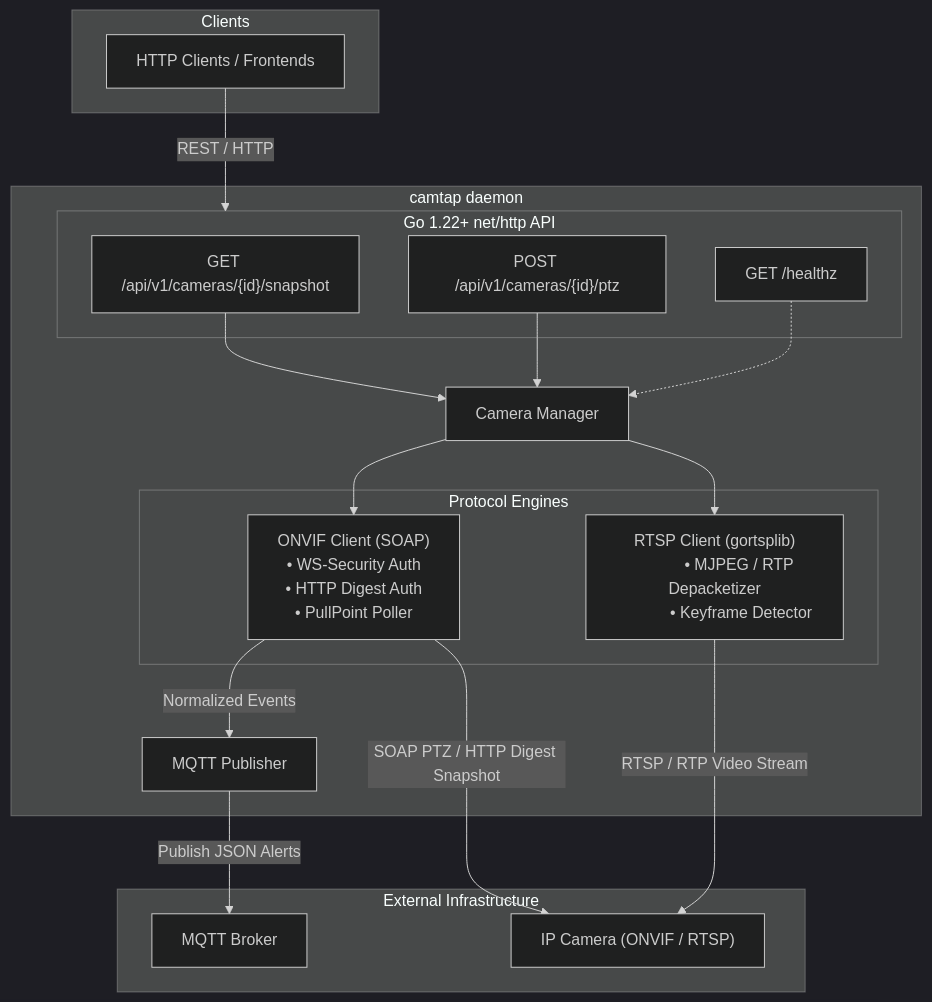
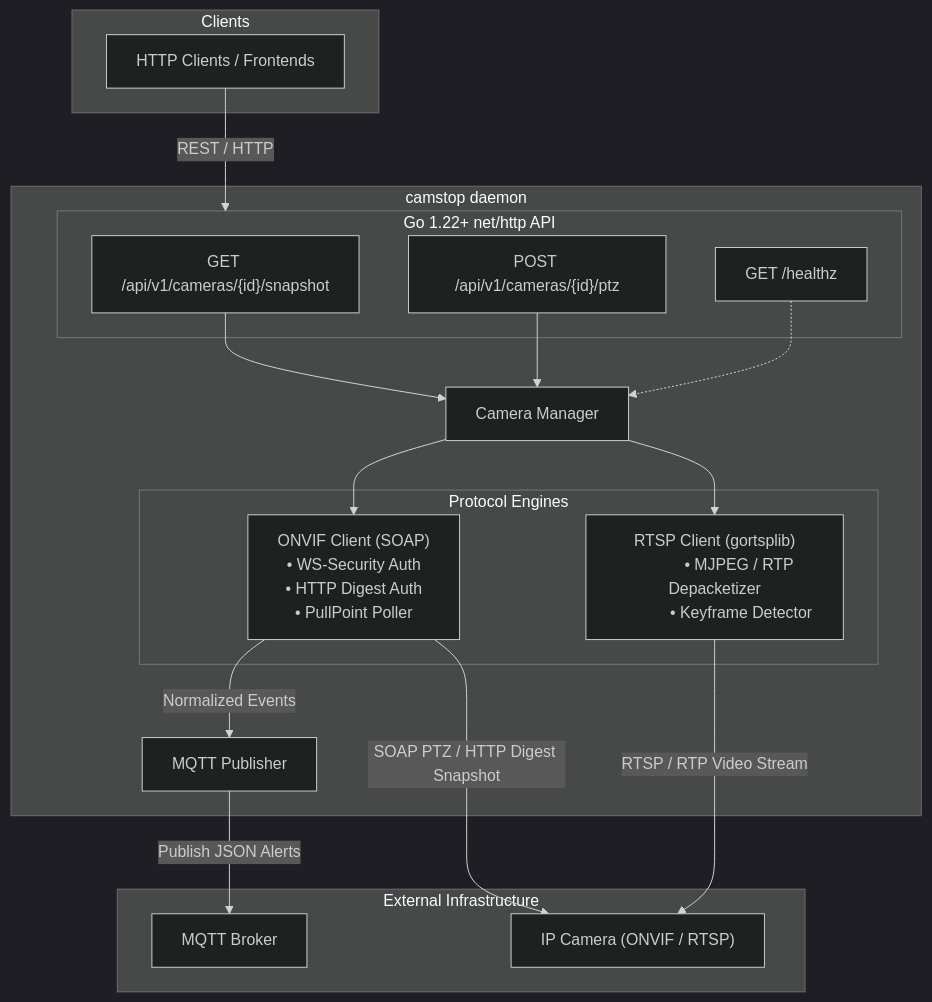
Before and after one commit to smford/cam-proxy: the diagram in README.md, drawn with Mermaid (dark theme). The commit also changed other lines of this file and 6 other files, not shown here.

````diff
--- a/README.md
+++ b/README.md
@@ -14,48 +14,48 @@
 ```mermaid
 flowchart TD
     subgraph Clients["Clients"]
         HTTPClients["HTTP Clients / Frontends"]
     end
 
-    subgraph Daemon["camtap daemon"]
+    subgraph Daemon["camstop daemon"]
         subgraph API["Go 1.22+ net/http API"]
             SnapshotEP["GET /api/v1/cameras/{id}/snapshot"]
             PTZEP["POST /api/v1/cameras/{id}/ptz"]
             HealthzEP["GET /healthz"]
         end
 
         Manager["Camera Manager"]
 
         subgraph Protocols["Protocol Engines"]
             ONVIF["ONVIF Client (SOAP)
             • WS-Security Auth
             • HTTP Digest Auth
             • PullPoint Poller"]
 
             RTSP["RTSP Client (gortsplib)
             • MJPEG / RTP Depacketizer
             • Keyframe Detector"]
         end
 
         MQTTPub["MQTT Publisher"]
     end
 
     subgraph External["External Infrastructure"]
         Broker["MQTT Broker"]
         Camera["IP Camera (ONVIF / RTSP)"]
     end
 
     HTTPClients -->|REST / HTTP| API
     SnapshotEP --> Manager
     PTZEP --> Manager
     HealthzEP -.-> Manager
 
     Manager --> ONVIF
     Manager --> RTSP
 
     ONVIF -->|SOAP PTZ / HTTP Digest Snapshot| Camera
     RTSP -->|RTSP / RTP Video Stream| Camera
 
     ONVIF -->|Normalized Events| MQTTPub
     MQTTPub -->|Publish JSON Alerts| Broker
 ```
````
